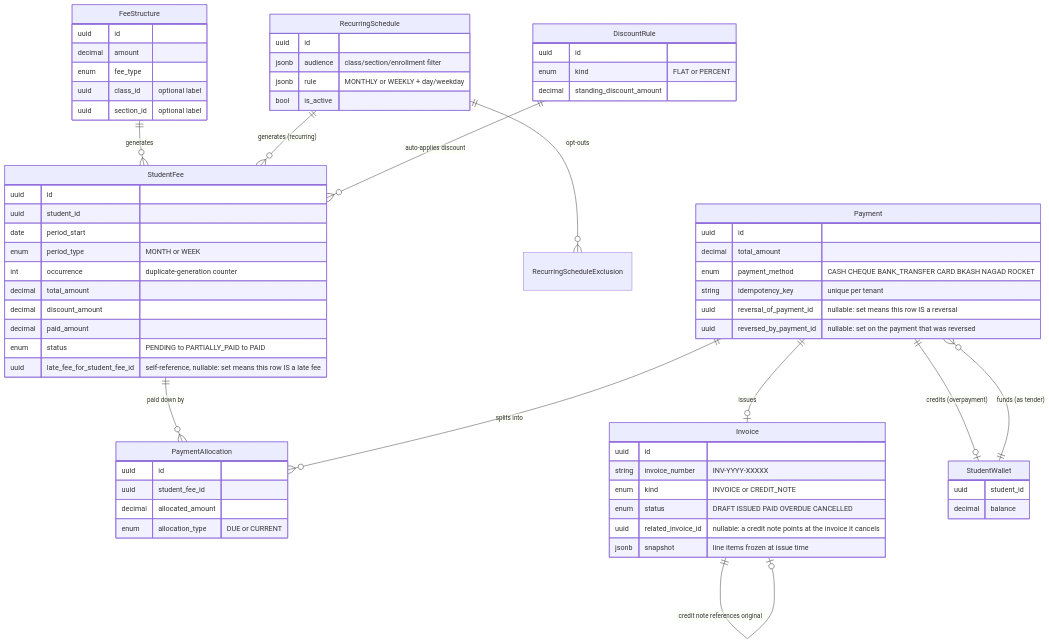
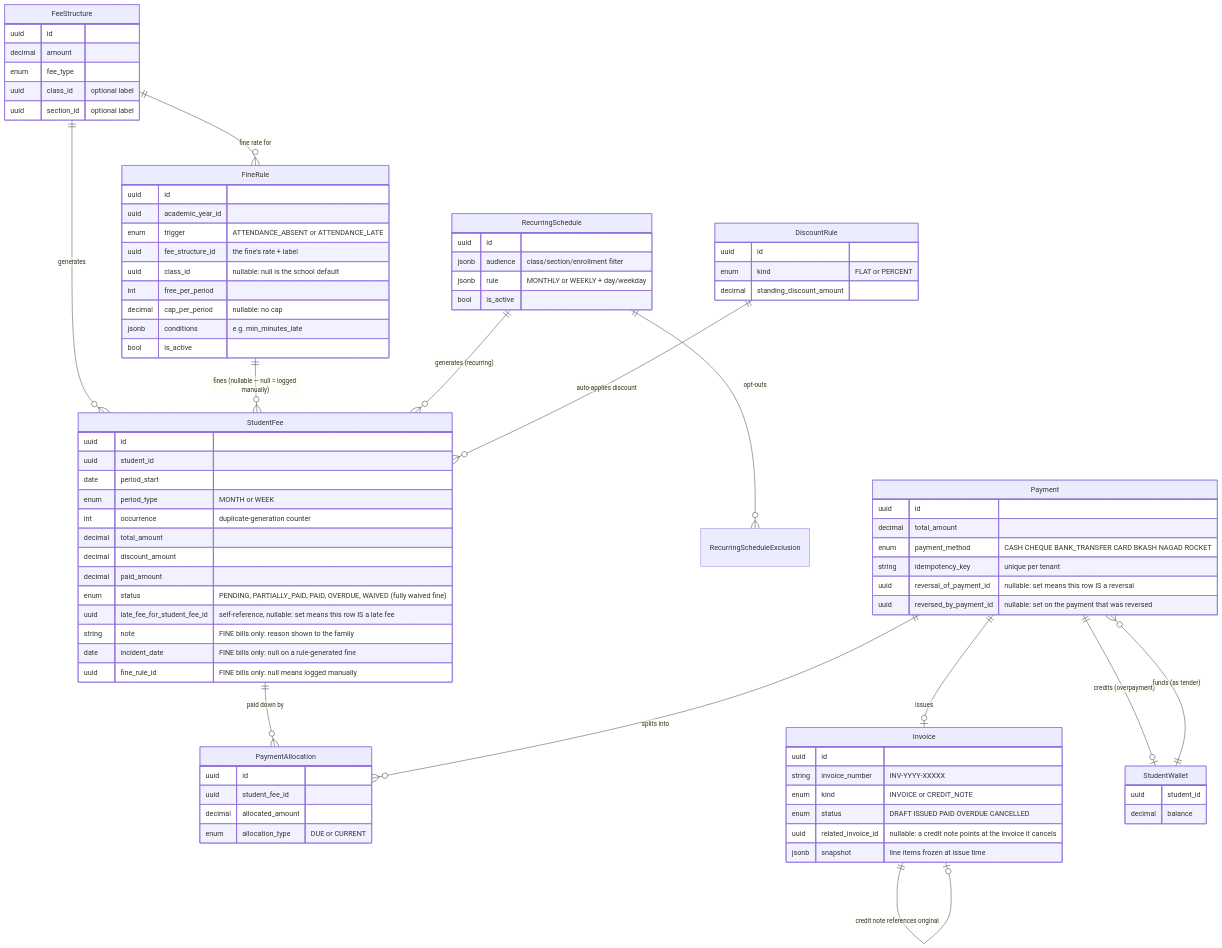
The first of 6 diagrams in docs/architecture/04-fees-payments-invoices.md (tareq89/biddaloy), drawn with Mermaid before and after one commit. The commit also changed other lines of this file and 134 other files, not shown here.

First line of the commit message:
[38.0] Fines — waves 1-3: shared types, migration, fine-rules/sweep/fines/notifications server modules, ui hooks (#1127)

````diff
--- a/docs/architecture/04-fees-payments-invoices.md
+++ b/docs/architecture/04-fees-payments-invoices.md
@@ -10,6 +10,8 @@
 ```mermaid
 erDiagram
     FeeStructure ||--o{ StudentFee : "generates"
+    FeeStructure ||--o{ FineRule : "fine rate for"
+    FineRule ||--o{ StudentFee : "fines (nullable — null = logged manually)"
     RecurringSchedule ||--o{ StudentFee : "generates (recurring)"
     RecurringSchedule ||--o{ RecurringScheduleExclusion : "opt-outs"
     DiscountRule ||--o{ StudentFee : "auto-applies discount"
@@ -36,8 +38,22 @@
         decimal total_amount
         decimal discount_amount
         decimal paid_amount
-        enum status "PENDING to PARTIALLY_PAID to PAID"
+        enum status "PENDING, PARTIALLY_PAID, PAID, OVERDUE, WAIVED (fully waived fine)"
         uuid late_fee_for_student_fee_id "self-reference, nullable: set means this row IS a late fee"
+        string note "FINE bills only: reason shown to the family"
+        date incident_date "FINE bills only: null on a rule-generated fine"
+        uuid fine_rule_id "FINE bills only: null means logged manually"
+    }
+    FineRule {
+        uuid id
+        uuid academic_year_id
+        enum trigger "ATTENDANCE_ABSENT or ATTENDANCE_LATE"
+        uuid fee_structure_id "the fine's rate + label"
+        uuid class_id "nullable: null is the school default"
+        int free_per_period
+        decimal cap_per_period "nullable: no cap"
+        jsonb conditions "e.g. min_minutes_late"
+        bool is_active
     }
     RecurringSchedule {
         uuid id
````
